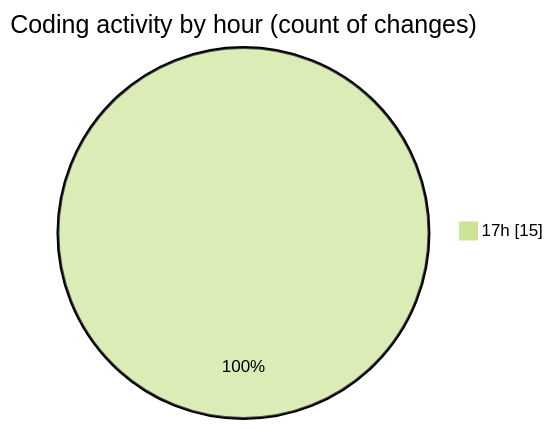
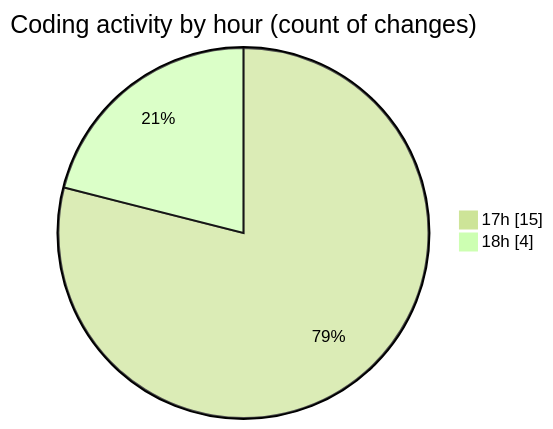
Before and after one commit to Unknowalive/code-tracking: the second of 2 diagrams in 2026-08-27/immersive_codes/README.md, drawn with Mermaid (forest theme). The commit also changed other lines of this file and 1 other file, not shown here.

````diff
--- a/2026-08-27/immersive_codes/README.md
+++ b/2026-08-27/immersive_codes/README.md
@@ -29,5 +30,6 @@
 ```mermaid
 pie showData
 title Coding activity by hour (count of changes)
 "17h" : 15
+"18h" : 4
 ```
````
